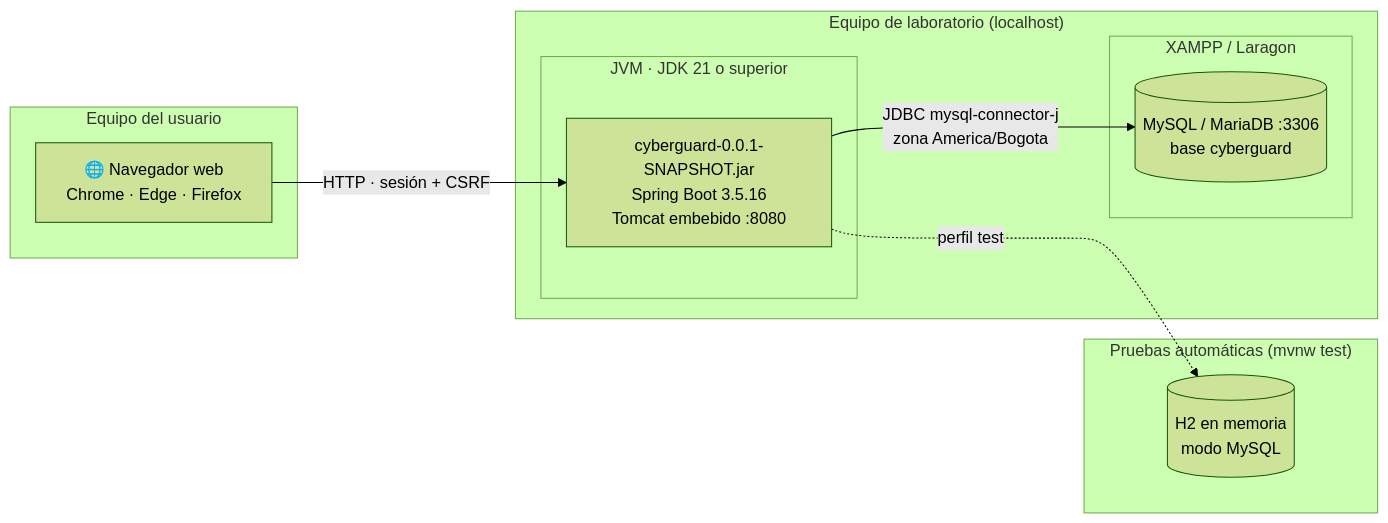
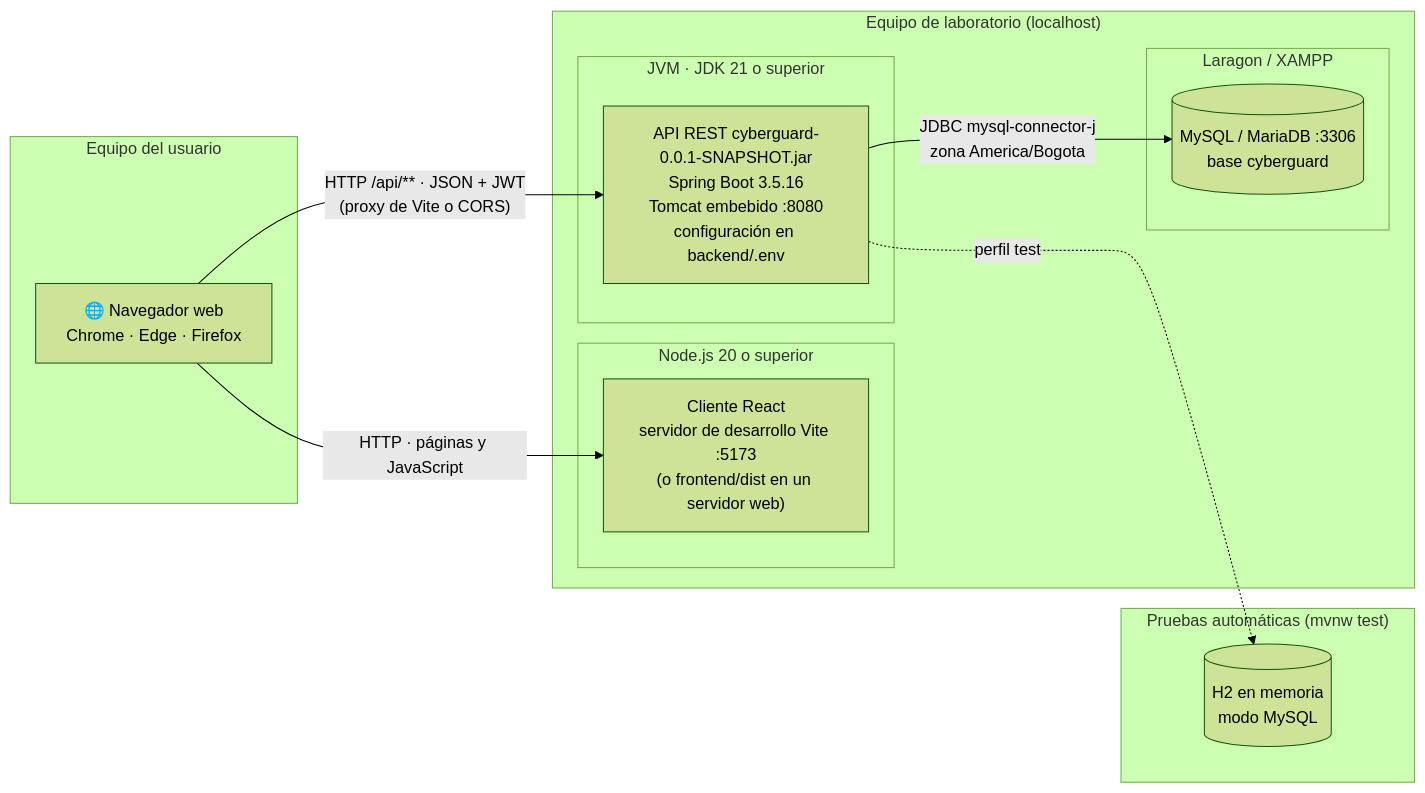
The diagram in Docs/img/fuentes/09-despliegue.mmd (velosergio/Cyberguard), drawn with Mermaid (forest theme) before and after one commit. The commit also changed 67 other files, not shown here.

```diff
--- a/Docs/img/fuentes/09-despliegue.mmd
+++ b/Docs/img/fuentes/09-despliegue.mmd
@@ -1,18 +1,22 @@
 flowchart LR
     subgraph PC["Equipo del usuario"]
         B["🌐 Navegador web<br/>Chrome · Edge · Firefox"]
     end
     subgraph SRV["Equipo de laboratorio (localhost)"]
+        subgraph NODE["Node.js 20 o superior"]
+            VITE["Cliente React<br/>servidor de desarrollo Vite :5173<br/>(o frontend/dist en un servidor web)"]
+        end
         subgraph JVM["JVM · JDK 21 o superior"]
-            JAR["cyberguard-0.0.1-SNAPSHOT.jar<br/>Spring Boot 3.5.16<br/>Tomcat embebido :8080"]
+            JAR["API REST cyberguard-0.0.1-SNAPSHOT.jar<br/>Spring Boot 3.5.16<br/>Tomcat embebido :8080<br/>configuración en backend/.env"]
         end
-        subgraph XAMPP["XAMPP / Laragon"]
+        subgraph XAMPP["Laragon / XAMPP"]
             MY[("MySQL / MariaDB :3306<br/>base cyberguard")]
         end
     end
     subgraph TEST["Pruebas automáticas (mvnw test)"]
         H2[("H2 en memoria<br/>modo MySQL")]
     end
-    B -- "HTTP · sesión + CSRF" --> JAR
+    B -- "HTTP · páginas y JavaScript" --> VITE
+    B -- "HTTP /api/** · JSON + JWT<br/>(proxy de Vite o CORS)" --> JAR
     JAR -- "JDBC mysql-connector-j<br/>zona America/Bogota" --> MY
     JAR -. "perfil test" .-> H2
```
